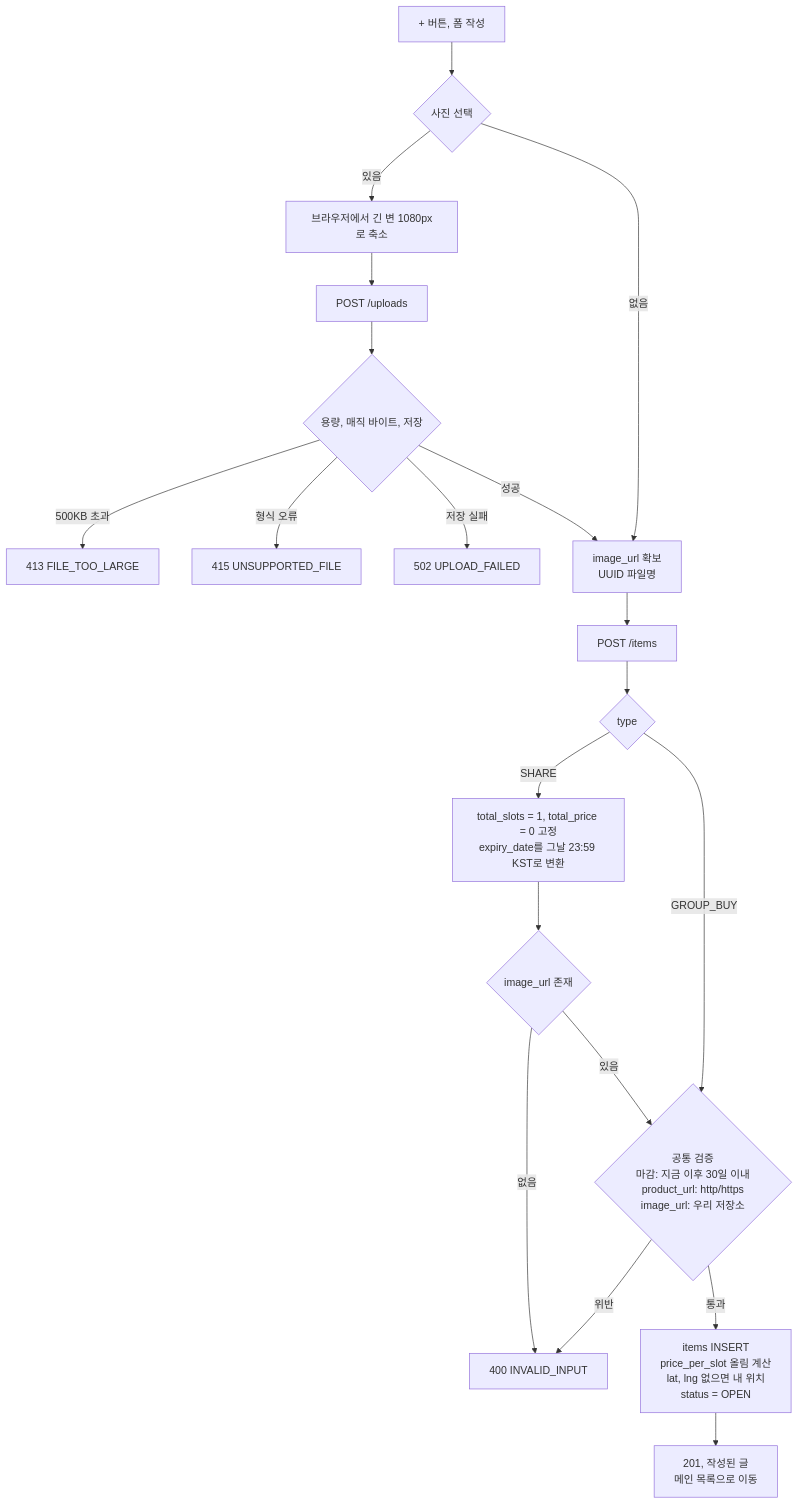
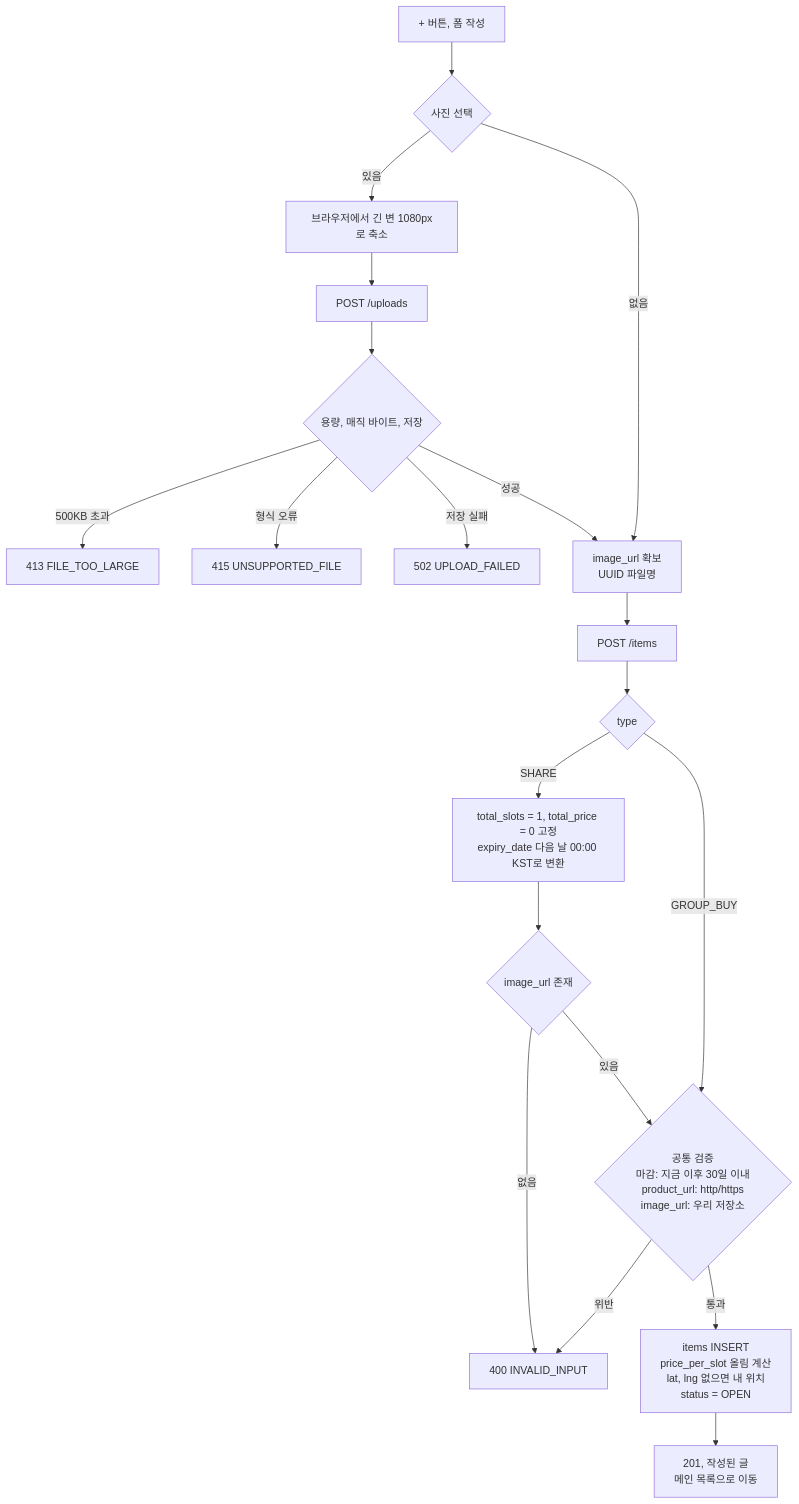
The fifth of 11 diagrams in gachi-spec.md (hgoose-avatye/together), drawn with Mermaid before and after one commit. The commit also changed other lines of this file and 2 other files, not shown here.

````diff
--- a/gachi-spec.md
+++ b/gachi-spec.md
@@ -450,22 +469,22 @@
 ```mermaid
 flowchart TD
     A["+ 버튼, 폼 작성"] --> P{"사진 선택"}
     P -->|"있음"| U["브라우저에서 긴 변 1080px로 축소"]
     U --> U1["POST /uploads"]
     U1 --> U2{"용량, 매직 바이트, 저장"}
     U2 -->|"500KB 초과"| U3["413 FILE_TOO_LARGE"]
     U2 -->|"형식 오류"| U4["415 UNSUPPORTED_FILE"]
     U2 -->|"저장 실패"| U5["502 UPLOAD_FAILED"]
     U2 -->|"성공"| B["image_url 확보<br/>UUID 파일명"]
     P -->|"없음"| B
     B --> C["POST /items"]
     C --> D{"type"}
-    D -->|"SHARE"| E["total_slots = 1, total_price = 0 고정<br/>expiry_date를 그날 23:59 KST로 변환"]
+    D -->|"SHARE"| E["total_slots = 1, total_price = 0 고정<br/>expiry_date 다음 날 00:00 KST로 변환"]
     E --> E1{"image_url 존재"}
     E1 -->|"없음"| X["400 INVALID_INPUT"]
     E1 -->|"있음"| F
     D -->|"GROUP_BUY"| F{"공통 검증<br/>마감: 지금 이후 30일 이내<br/>product_url: http/https<br/>image_url: 우리 저장소"}
     F -->|"위반"| X
     F -->|"통과"| G["items INSERT<br/>price_per_slot 올림 계산<br/>lat, lng 없으면 내 위치<br/>status = OPEN"]
     G --> H["201, 작성된 글<br/>메인 목록으로 이동"]
 ```
````
